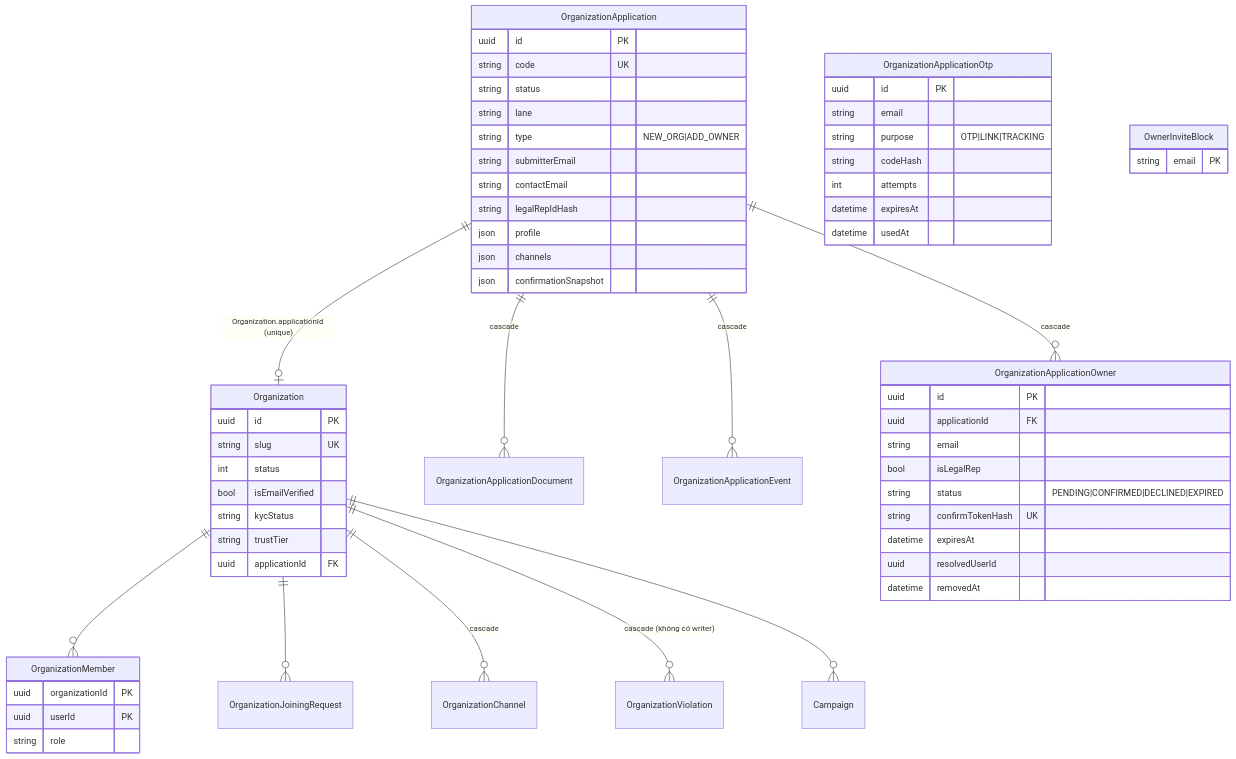
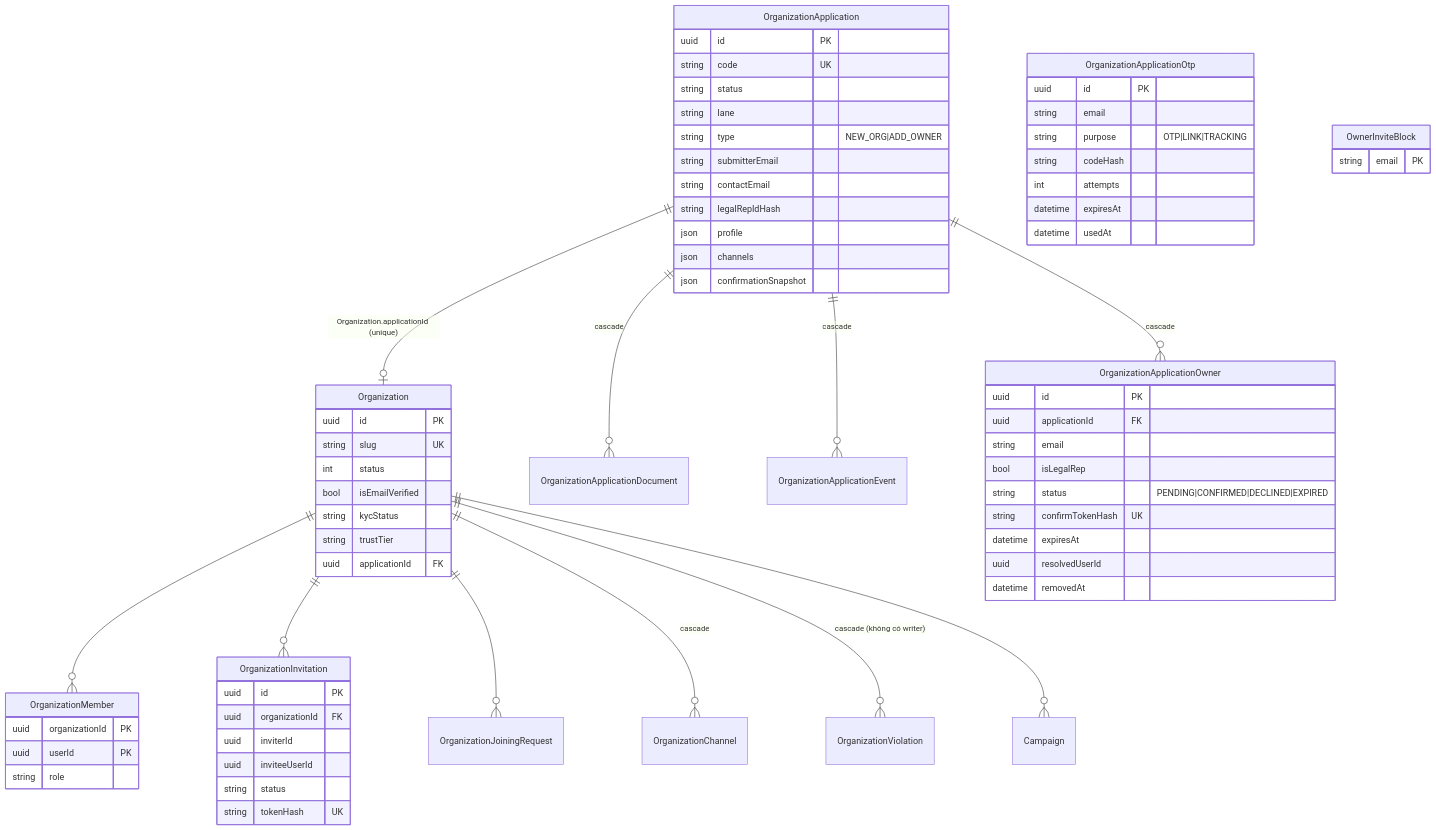
One commit to DOAN2-UQT-KN/ecolink-docs changed the third of 5 diagrams in 01-data-model.md. Above: the diagram before and after it, drawn with Mermaid. The commit also changed other lines of this file and 13 other files, not shown here.

````diff
--- a/01-data-model.md
+++ b/01-data-model.md
@@ -163,62 +163,71 @@
 ```mermaid
 erDiagram
   OrganizationApplication ||--o| Organization : "Organization.applicationId (unique)"
   OrganizationApplication ||--o{ OrganizationApplicationDocument : "cascade"
   OrganizationApplication ||--o{ OrganizationApplicationEvent : "cascade"
   OrganizationApplication ||--o{ OrganizationApplicationOwner : "cascade"
   Organization ||--o{ OrganizationMember : ""
+  Organization ||--o{ OrganizationInvitation : ""
   Organization ||--o{ OrganizationJoiningRequest : ""
   Organization ||--o{ OrganizationChannel : "cascade"
   Organization ||--o{ OrganizationViolation : "cascade (không có writer)"
   Organization ||--o{ Campaign : ""
   OrganizationApplicationOtp {
     uuid id PK
     string email
     string purpose "OTP|LINK|TRACKING"
     string codeHash
     int attempts
     datetime expiresAt
     datetime usedAt
   }
   Organization {
     uuid id PK
     string slug UK
     int status
     bool isEmailVerified
     string kycStatus
     string trustTier
     uuid applicationId FK
   }
   OrganizationApplication {
     uuid id PK
     string code UK
     string status
     string lane
     string type "NEW_ORG|ADD_OWNER"
     string submitterEmail
     string contactEmail
     string legalRepIdHash
     json profile
     json channels
     json confirmationSnapshot
   }
   OrganizationApplicationOwner {
     uuid id PK
     uuid applicationId FK
     string email
     bool isLegalRep
     string status "PENDING|CONFIRMED|DECLINED|EXPIRED"
     string confirmTokenHash UK
     datetime expiresAt
     uuid resolvedUserId
     datetime removedAt
   }
   OrganizationMember {
     uuid organizationId PK
     uuid userId PK
     string role
   }
   OwnerInviteBlock {
     string email PK
   }
+  OrganizationInvitation {
+    uuid id PK
+    uuid organizationId FK
+    uuid inviterId
+    uuid inviteeUserId
+    string status
+    string tokenHash UK
+  }
 ```
````
